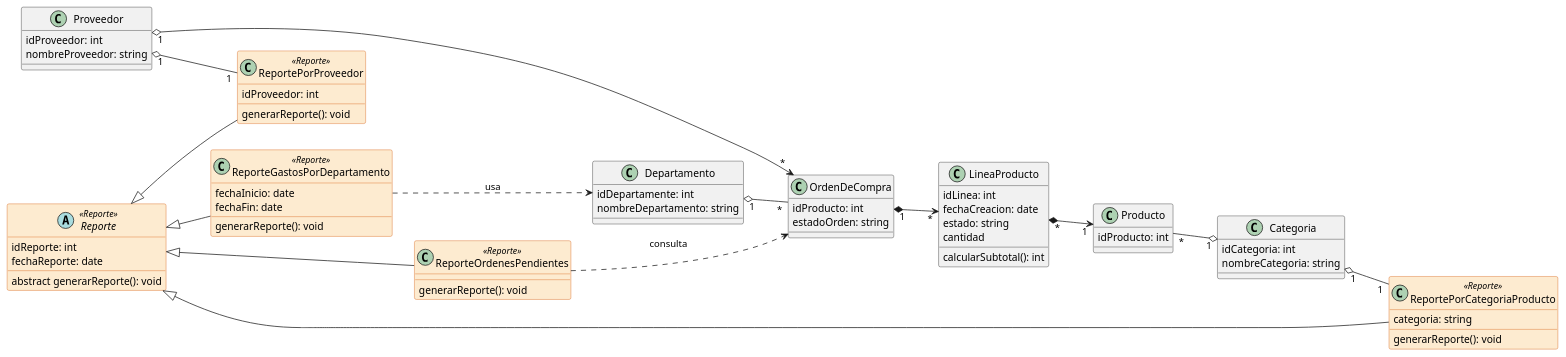
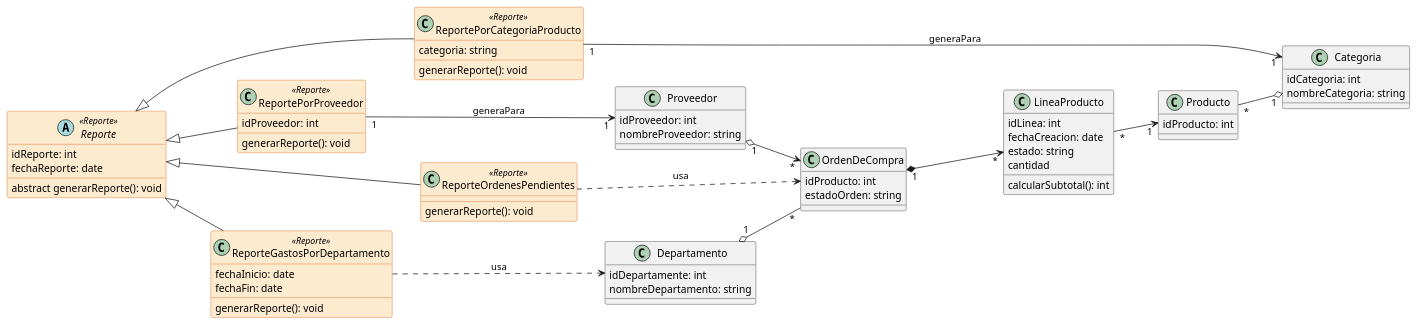
One commit to MiolaTomas/DiagramasUML changed the diagram in Gestion de Software/Actividad - Sistema Reportes Gestion de Compras/diagramaClases.plantuml. Above: the diagram before and after it, drawn with PlantUML.

Commit message:
fix diagrama de clases

```diff
--- a/Gestion de Software/Actividad - Sistema Reportes Gestion de Compras/diagramaClases.plantuml
+++ b/Gestion de Software/Actividad - Sistema Reportes Gestion de Compras/diagramaClases.plantuml
@@ -1,88 +1,88 @@
 @startuml Gestion Ordenes de Compra
 left to right direction
 skinparam classAttributeIconSize 0
 
 ' Definición de colores para estereotipo <<Reporte>>
 skinparam classBackgroundColor<<Reporte>> #FDEBD0
 skinparam classBorderColor<<Reporte>> #D35400
 
 ' ==== Clases Principales del Dominio ====
 class Producto {
     idProducto: int
 }
 
 class Categoria {
     idCategoria: int
     nombreCategoria: string
 }
 
 class Departamento {
     idDepartamente: int
     nombreDepartamento: string
 }
 
 class Proveedor {
     idProveedor: int
     nombreProveedor: string
 }
 
 class OrdenDeCompra {
     idProducto: int
     estadoOrden: string
 }
 
 class LineaProducto {
     idLinea: int
     fechaCreacion: date
     estado: string
     cantidad
     calcularSubtotal(): int
 }
 
 ' ==== Relaciones entre Clases Principales ====
 Producto "*" --o "1" Categoria
 OrdenDeCompra "1" *--> "*" LineaProducto
-LineaProducto "*" *--> "1" Producto
+LineaProducto "*" --> "1" Producto
 Departamento "1" o-- "*" OrdenDeCompra
 Proveedor "1" o--> "*" OrdenDeCompra
 
 ' ==== Clases de Reportes con estereotipo <<Reporte>> ====
 abstract class Reporte <<Reporte>> {
     idReporte: int
     fechaReporte: date
     abstract generarReporte(): void
 }
 
 class ReportePorProveedor <<Reporte>> {
     idProveedor: int
     generarReporte(): void
 }
 
 class ReportePorCategoriaProducto <<Reporte>> {
     categoria: string
     generarReporte(): void
 }
 
 class ReporteGastosPorDepartamento <<Reporte>> {
     fechaInicio: date
     fechaFin: date
     generarReporte(): void
 }
 
 class ReporteOrdenesPendientes <<Reporte>> {
     generarReporte(): void
 }
 
 ' ==== Herencia de Reportes ====
 Reporte <|-- ReportePorProveedor
 Reporte <|-- ReportePorCategoriaProducto
 Reporte <|-- ReporteGastosPorDepartamento
 Reporte <|-- ReporteOrdenesPendientes
 
 ' ==== Relaciones de Reportes con el Dominio ====
-Proveedor "1" o-- "1" ReportePorProveedor
-Categoria "1" o-- "1" ReportePorCategoriaProducto
+ReportePorProveedor "1" --> "1" Proveedor : generaPara
+ReportePorCategoriaProducto "1" --> "1" Categoria : generaPara
 ReporteGastosPorDepartamento ..> Departamento : usa
-ReporteOrdenesPendientes ..> OrdenDeCompra : consulta
+ReporteOrdenesPendientes ..> OrdenDeCompra : usa
 
 @enduml
```
